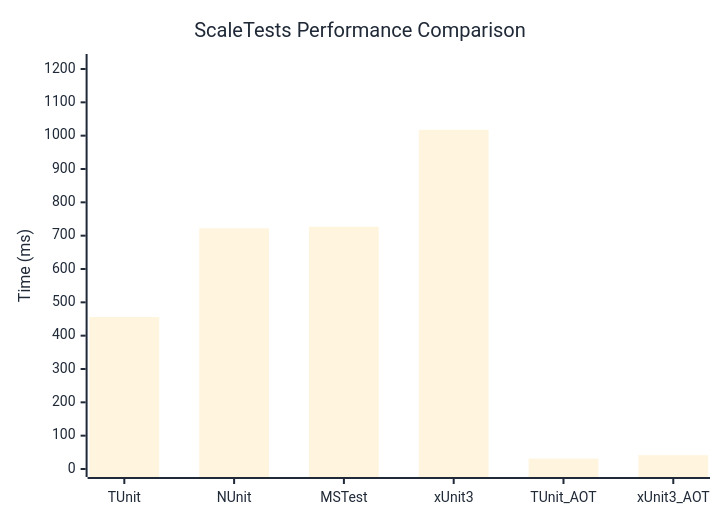
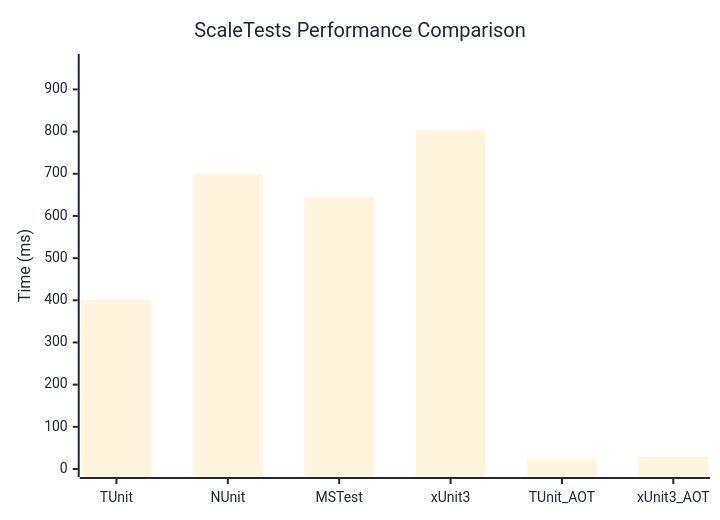
One commit to thomhurst/TUnit changed the diagram in docs/docs/benchmarks/engine/ScaleTests.md. Above: the diagram before and after it, drawn with Mermaid. The commit also changed other lines of this file and 17 other files, not shown here.

````diff
--- a/docs/docs/benchmarks/engine/ScaleTests.md
+++ b/docs/docs/benchmarks/engine/ScaleTests.md
@@ -30,37 +30,37 @@
 ```mermaid
 %%{init: {
   'theme':'base',
   'themeVariables': {
     'primaryColor': '#2563eb',
     'primaryTextColor': '#1f2937',
     'primaryBorderColor': '#1e40af',
     'lineColor': '#6b7280',
     'secondaryColor': '#7c3aed',
     'tertiaryColor': '#dc2626',
     'background': '#ffffff',
     'mainBkg': '#2563eb',
     'secondBkg': '#7c3aed',
     'tertiaryBkg': '#dc2626',
     'clusterBkg': '#f3f4f6',
     'edgeLabelBackground': '#ffffff',
     'tertiaryTextColor': '#1f2937',
     'pie1': '#2563eb',
     'pie2': '#7c3aed',
     'pie3': '#dc2626',
     'pie4': '#f59e0b',
     'pie5': '#10b981',
     'pie6': '#06b6d4',
     'pie7': '#ec4899',
     'pie8': '#6366f1',
     'pie9': '#84cc16',
     'pie10': '#f97316',
     'pie11': '#14b8a6',
     'pie12': '#a855f7'
   }
 }}%%
 xychart-beta
   title "ScaleTests Performance Comparison"
   x-axis ["TUnit", "NUnit", "MSTest", "xUnit3", "TUnit_AOT", "xUnit3_AOT"]
-  y-axis "Time (ms)" 0 --> 1221
-  bar [455.86, 721.99, 726.62, 1017.4, 31.1, 41.38]
+  y-axis "Time (ms)" 0 --> 965
+  bar [401.48, 699.73, 644.21, 803.38, 24.1, 28.47]
 ```
````
